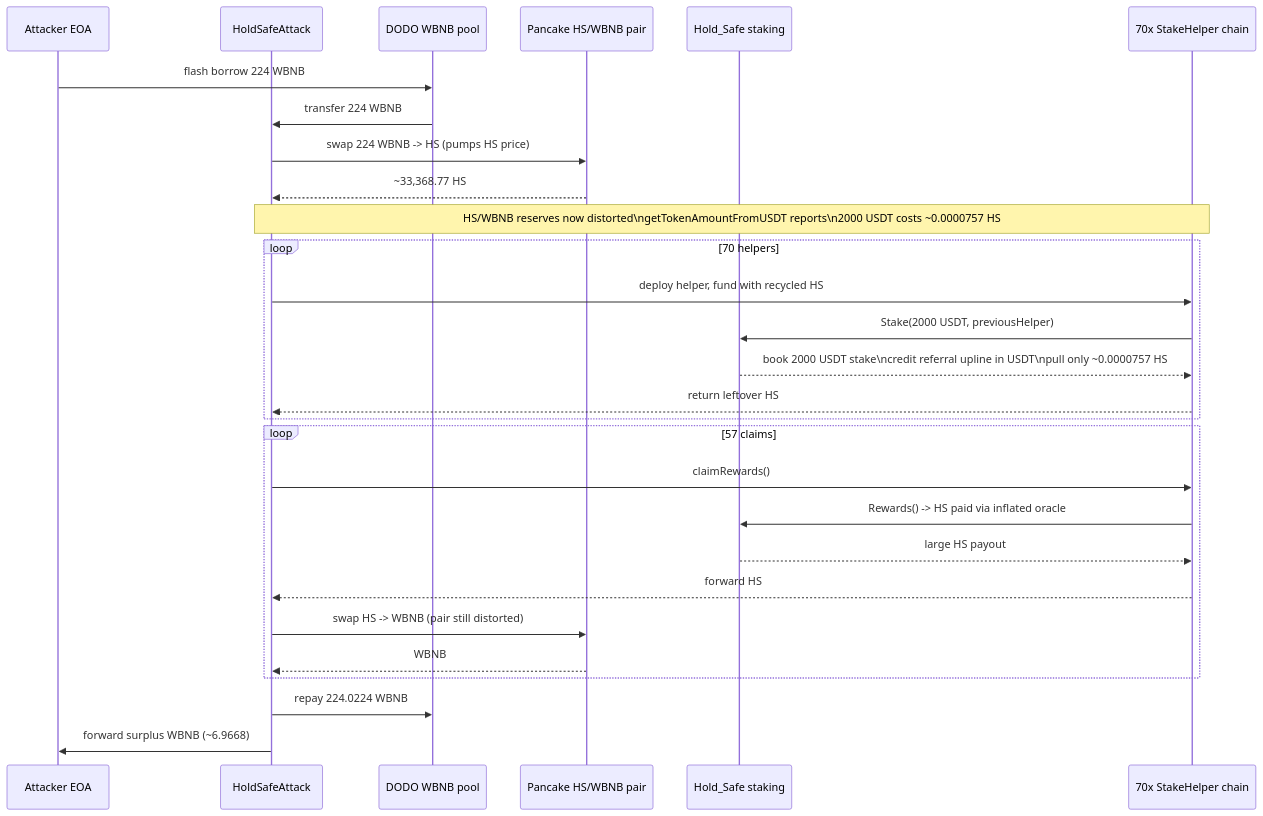
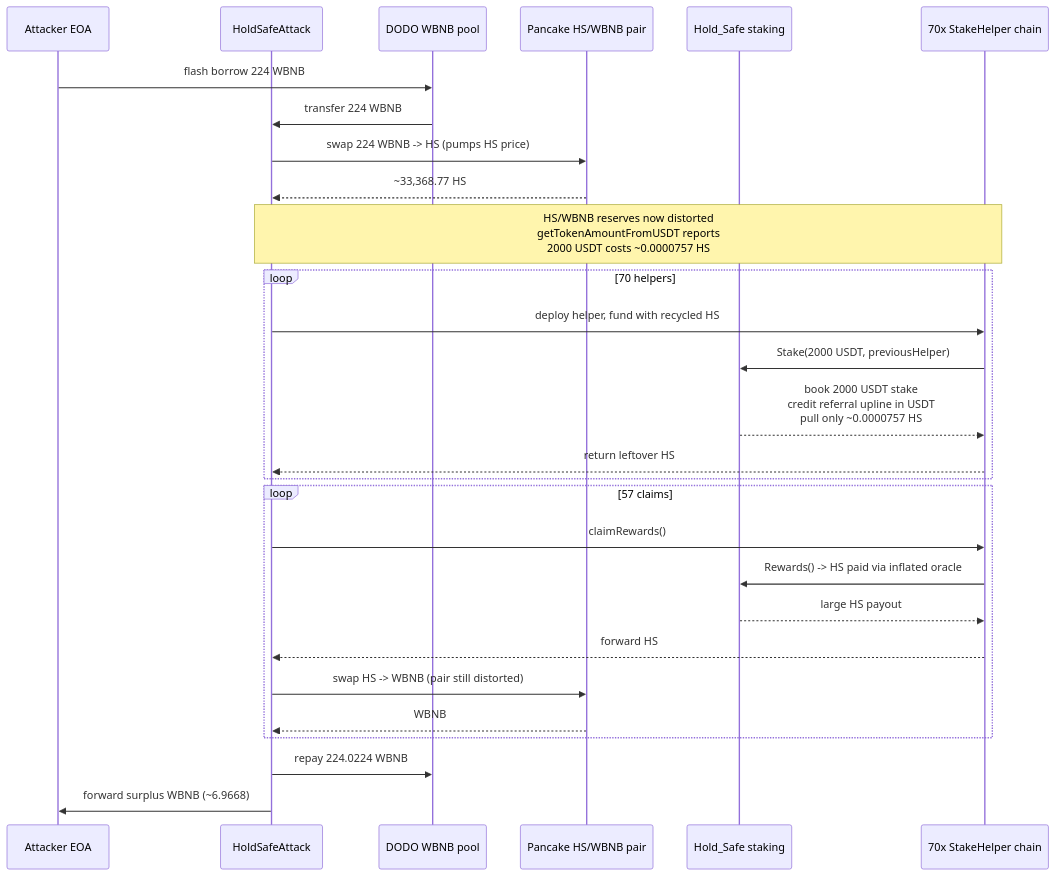
The first of 2 diagrams in 2025-06-HoldSafe_exp/HoldSafe_exp.md (sanbir/evm-hack-registry), drawn with Mermaid before and after one commit. The commit also changed other lines of this file and 280 other files, not shown here.

Commit message:
mermaid fixes

````diff
--- a/2025-06-HoldSafe_exp/HoldSafe_exp.md
+++ b/2025-06-HoldSafe_exp/HoldSafe_exp.md
@@ -163,31 +163,31 @@
 ```mermaid
 sequenceDiagram
     participant A as Attacker EOA
     participant C as HoldSafeAttack
     participant D as DODO WBNB pool
     participant P as Pancake HS/WBNB pair
     participant S as Hold_Safe staking
     participant H as 70x StakeHelper chain
 
     A->>D: flash borrow 224 WBNB
     D->>C: transfer 224 WBNB
     C->>P: swap 224 WBNB -> HS (pumps HS price)
     P-->>C: ~33,368.77 HS
-    Note over C,H: HS/WBNB reserves now distorted\ngetTokenAmountFromUSDT reports\n2000 USDT costs ~0.0000757 HS
+    Note over C,H: HS/WBNB reserves now distorted<br/>getTokenAmountFromUSDT reports<br/>2000 USDT costs ~0.0000757 HS
     loop 70 helpers
         C->>H: deploy helper, fund with recycled HS
         H->>S: Stake(2000 USDT, previousHelper)
-        S-->>H: book 2000 USDT stake\ncredit referral upline in USDT\npull only ~0.0000757 HS
+        S-->>H: book 2000 USDT stake<br/>credit referral upline in USDT<br/>pull only ~0.0000757 HS
         H-->>C: return leftover HS
     end
     loop 57 claims
         C->>H: claimRewards()
         H->>S: Rewards() -> HS paid via inflated oracle
         S-->>H: large HS payout
         H-->>C: forward HS
         C->>P: swap HS -> WBNB (pair still distorted)
         P-->>C: WBNB
     end
     C->>D: repay 224.0224 WBNB
     C->>A: forward surplus WBNB (~6.9668)
 ```
````
